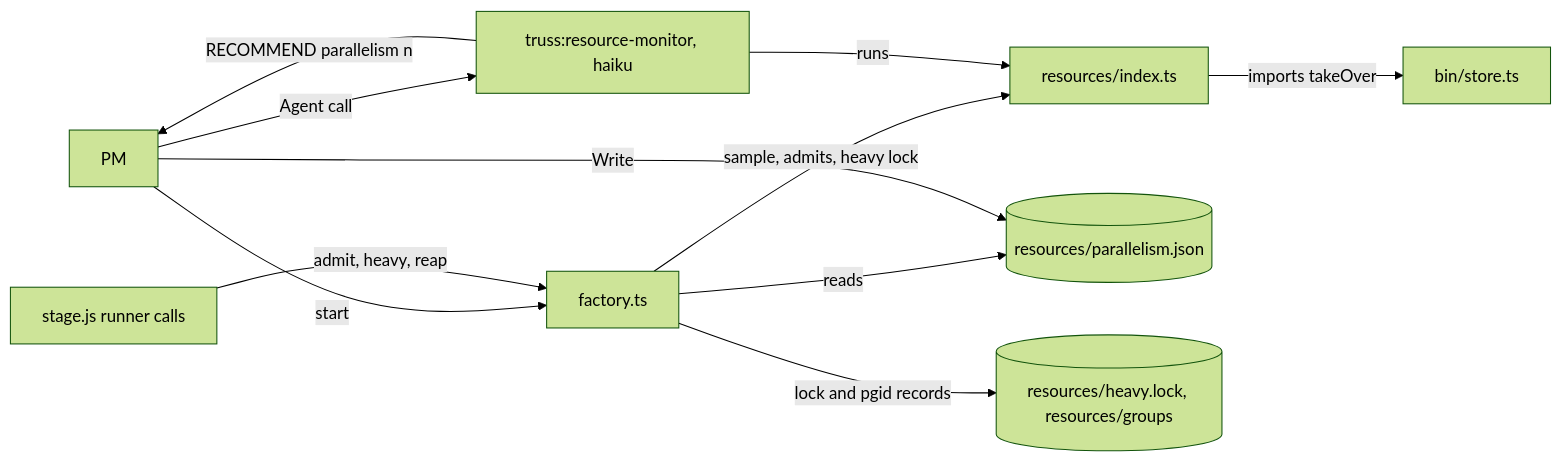
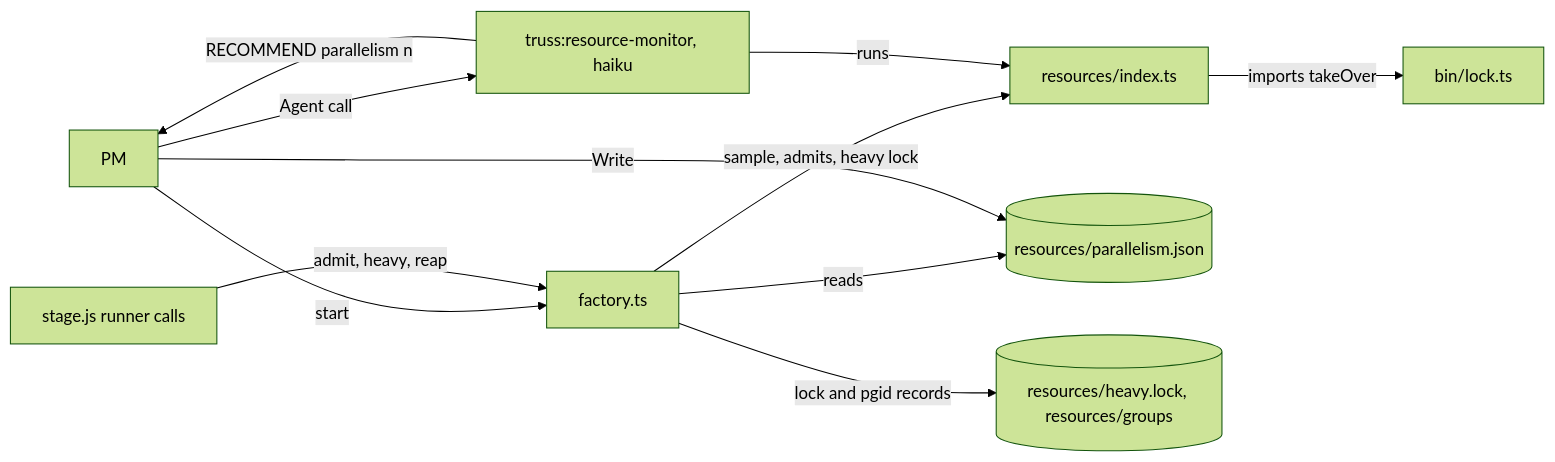
One commit to AbhiramDwivedi/truss changed the tenth of 25 diagrams in plugins/truss/docs/architecture.md. Above: the diagram before and after it, drawn with Mermaid (forest theme). The commit also changed other lines of this file and 50 other files, not shown here.

````diff
--- a/plugins/truss/docs/architecture.md
+++ b/plugins/truss/docs/architecture.md
@@ -379,13 +379,13 @@
 ```mermaid
 flowchart LR
   PM[PM] -->|start| F[factory.ts]
   S[stage.js runner calls] -->|admit, heavy, reap| F
   F -->|sample, admits, heavy lock| R[resources/index.ts]
-  R -->|imports takeOver| ST[bin/store.ts]
+  R -->|imports takeOver| ST[bin/lock.ts]
   F -->|reads| P[(resources/parallelism.json)]
   F -->|lock and pgid records| H[(resources/heavy.lock, resources/groups)]
   PM -->|Agent call| M[truss:resource-monitor, haiku]
   M -->|runs| R
   M -->|RECOMMEND parallelism n| PM
   PM -->|Write| P
 ```
````
